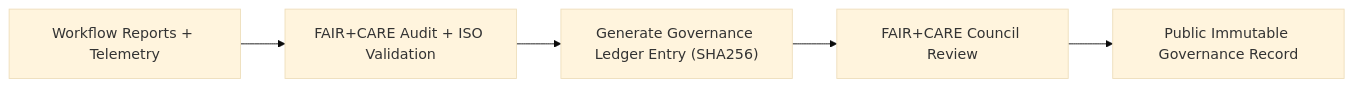
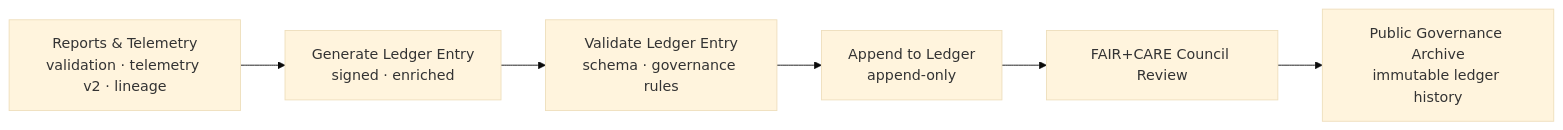
Before and after one commit to bartytime4life/Kansas-Frontier-Matrix: the second of 2 diagrams in docs/guides/workflows/governance-ledger-pipeline.md, drawn with Mermaid (base theme). The commit also changed other lines of this file, not shown here.

First line of the commit message:
Update governance ledger pipeline documentation to v10.4.2

````diff
--- a/docs/guides/workflows/governance-ledger-pipeline.md
+++ b/docs/guides/workflows/governance-ledger-pipeline.md
@@ -188,7 +243,9 @@
 ```mermaid
 flowchart LR
-A["Workflow Reports + Telemetry"] --> B["FAIR+CARE Audit + ISO Validation"]
-B --> C["Generate Governance Ledger Entry (SHA256)"]
-C --> D["FAIR+CARE Council Review"]
-D --> E["Public Immutable Governance Record"]
+
+SRC["Reports & Telemetry<br/>validation · telemetry v2 · lineage"] --> GEN["Generate Ledger Entry<br/>signed · enriched"]
+GEN --> VAL["Validate Ledger Entry<br/>schema · governance rules"]
+VAL --> APP["Append to Ledger<br/>append-only"]
+APP --> COUNCIL["FAIR+CARE Council Review"]
+COUNCIL --> ARCH["Public Governance Archive<br/>immutable ledger history"]
 ```
````
